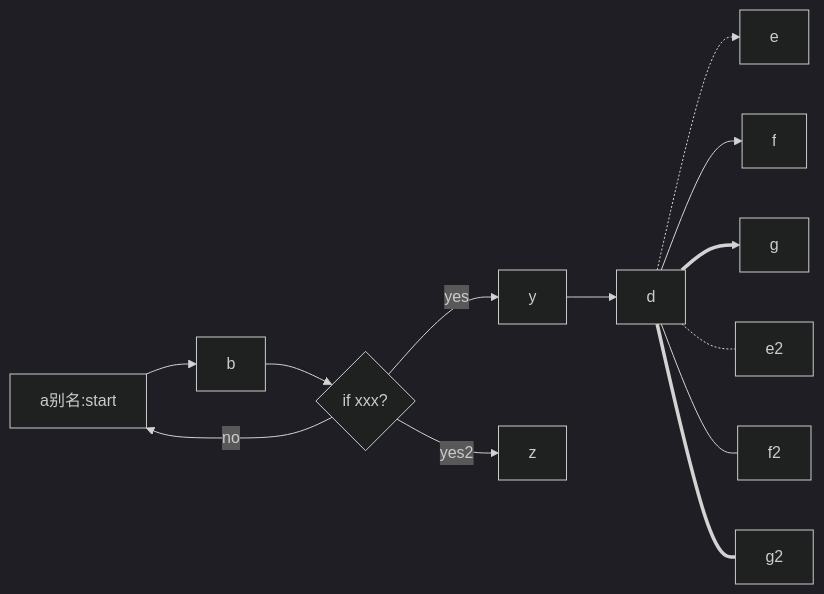
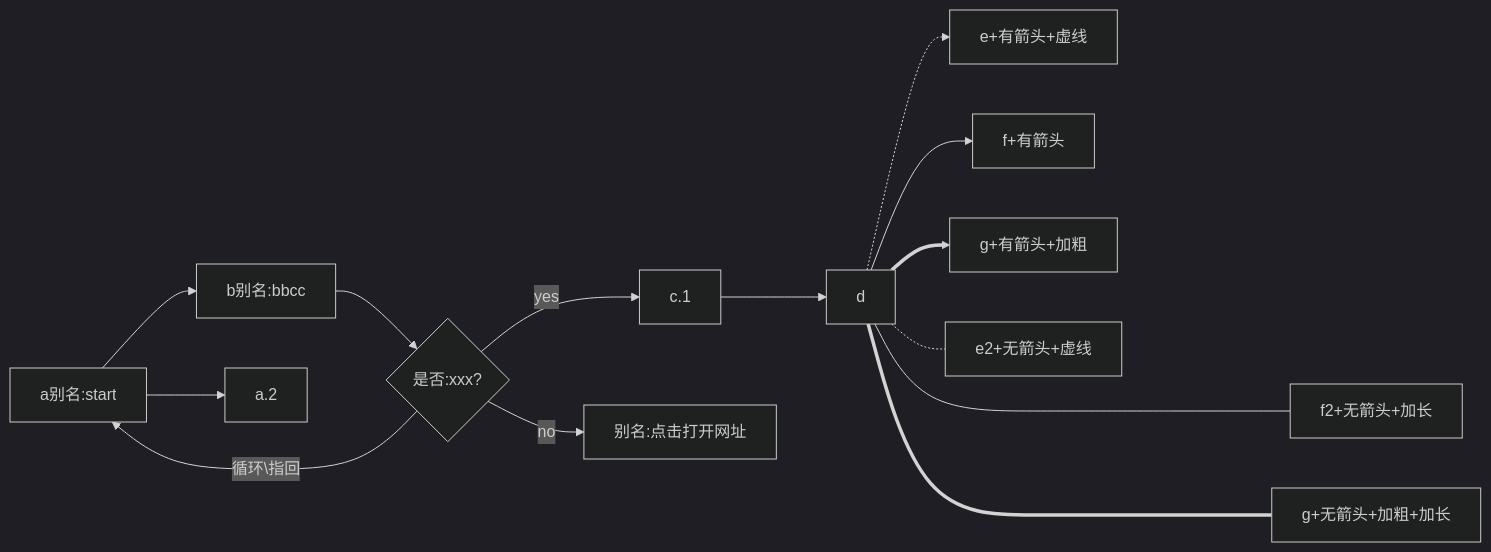
The first of 3 diagrams in 13沉淀笔记/MarkDown绘图示例.md (norven63/MyObsidian), drawn with Mermaid (dark theme) before and after one commit. The commit also changed other lines of this file and 3 other files, not shown here.

````diff
--- a/13沉淀笔记/MarkDown绘图示例.md
+++ b/13沉淀笔记/MarkDown绘图示例.md
@@ -8,15 +9,28 @@
 ```mermaid
 flowchart LR
-	a[a别名:start]-->b
-	b-->c{if xxx?}
-	c-->|no|a
-	c-->|yes|y
-	c-->|yes2|z
-	y-->d
-	d-.->e
-	d-->f
-	d==>g
-	d-.-e2
-	d---f2
-	d===g2
+	a[a别名:start]
+	a-->b
+	a-->a.2
+
+	b[b别名:bbcc]
+	b-->c{是否:xxx?}
+
+	c
+	c-->|循环\指回|a
+	c-->|yes|c.1
+	c-->|no|c.2
+
+	c.2[别名:点击打开网址]
+	click c.2 "https://github.com/norven63/MyObsidian/blob/main/13%E6%B2%89%E6%B7%80%E7%AC%94%E8%AE%B0/MarkDown%E7%BB%98%E5%9B%BE%E7%A4%BA%E4%BE%8B.md"
+
+	c.1
+	c.1-->d
+
+	d
+	d-.->e+有箭头+虚线
+	d-->f+有箭头
+	d==>g+有箭头+加粗
+	d-.-e2+无箭头+虚线
+	d------f2+无箭头+加长
+	d======g+无箭头+加粗+加长
 ```
````
